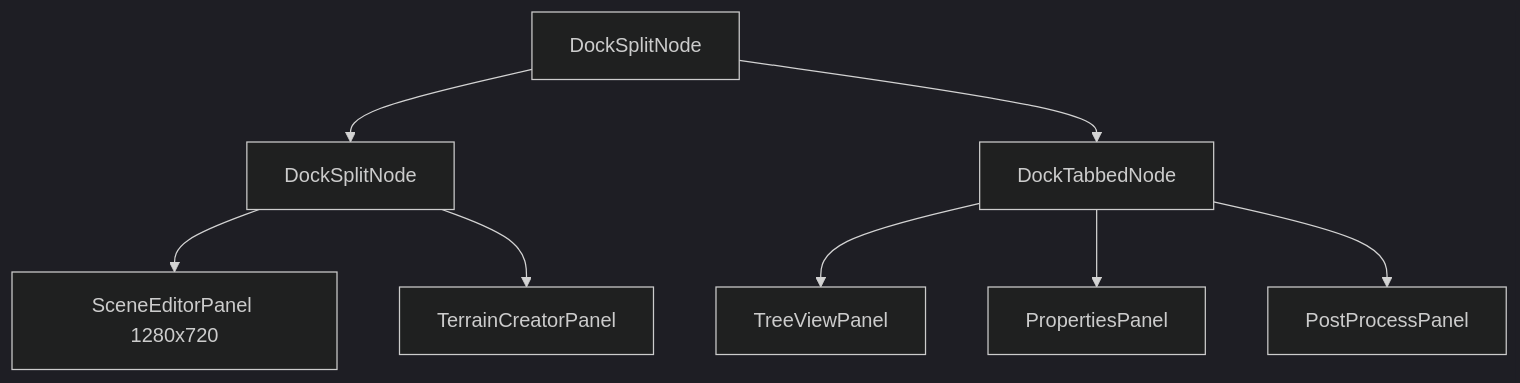
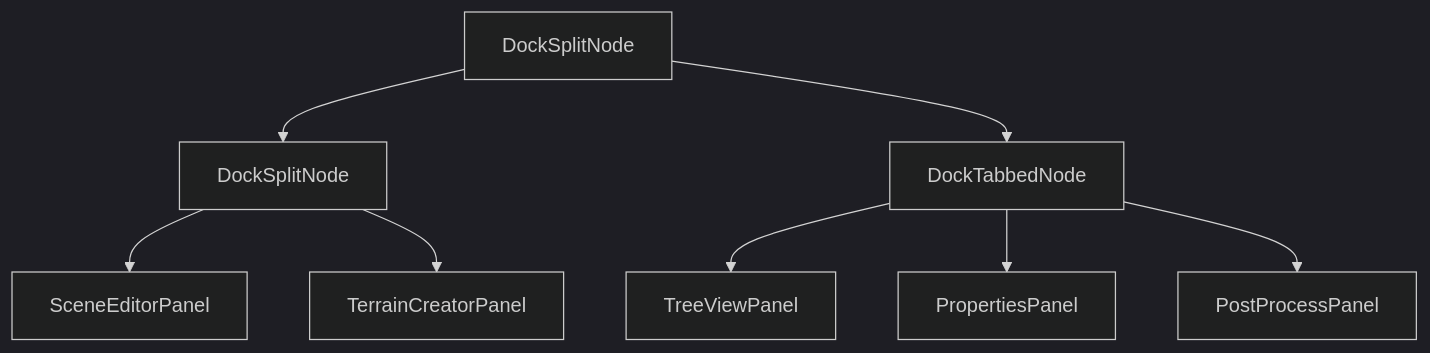
The third of 5 diagrams in docs/IDE.md (ireakhavok/Castle), drawn with Mermaid before and after one commit. The commit also changed other lines of this file and 6 other files, not shown here.

````diff
--- a/docs/IDE.md
+++ b/docs/IDE.md
@@ -61,12 +61,12 @@
 ```mermaid
 %%{init: {'theme':'dark'}}%%
 flowchart TB
   Root[DockSplitNode]
   Root --> L[DockSplitNode]
   Root --> R[DockTabbedNode]
-  L --> SE[SceneEditorPanel 1280x720]
+  L --> SE[SceneEditorPanel]
   L --> TE[TerrainCreatorPanel]
   R --> TV[TreeViewPanel]
   R --> PR[PropertiesPanel]
   R --> PP[PostProcessPanel]
 ```
````
